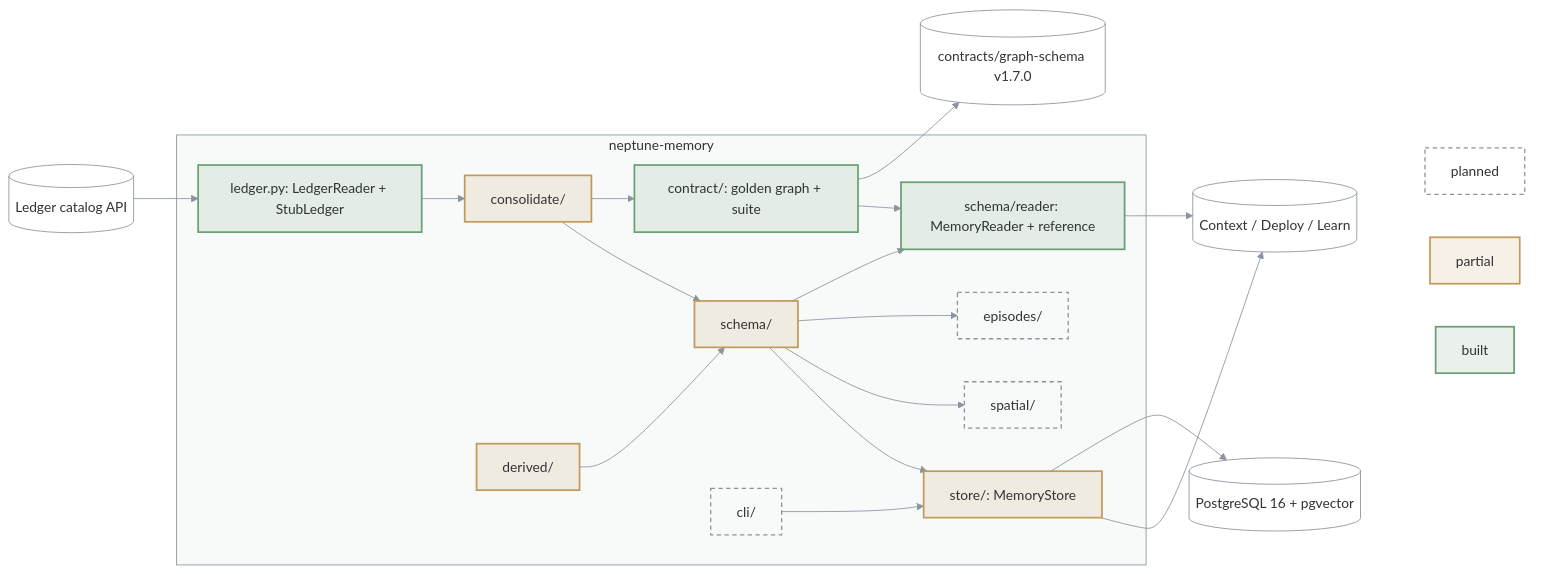
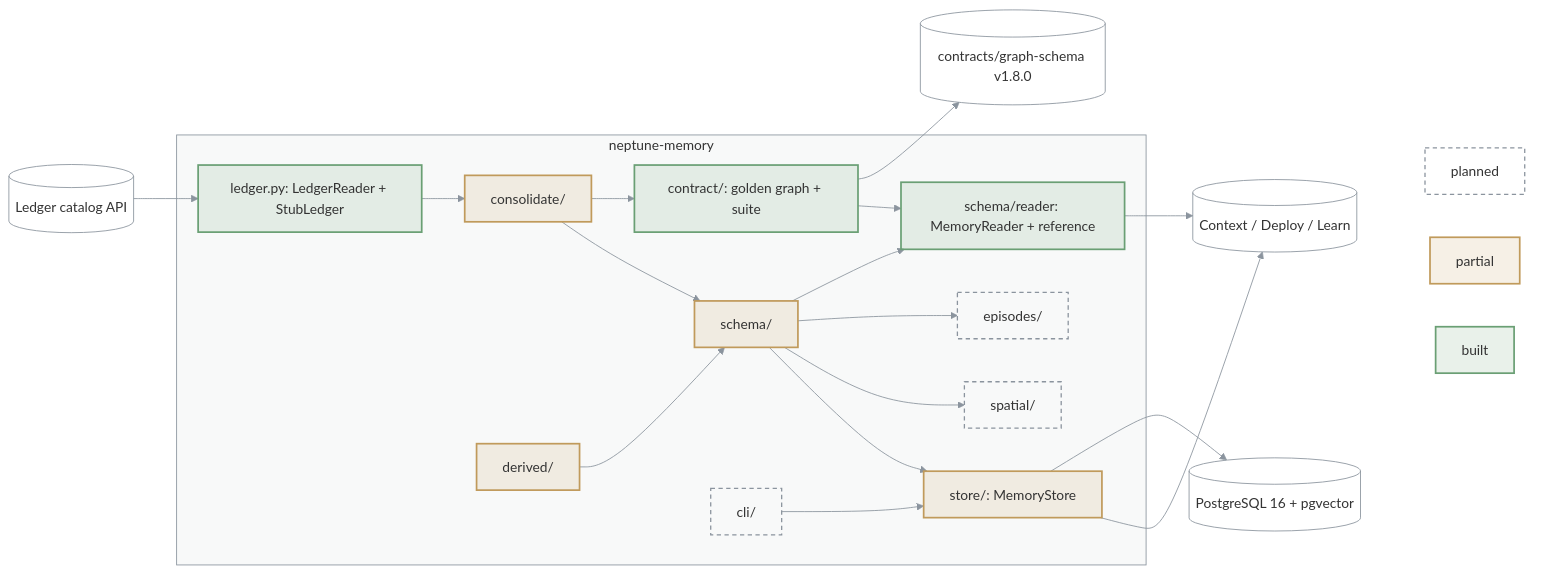
One commit to bennytay/neptune changed the diagram in packages/neptune-memory/ARCHITECTURE.md. Above: the diagram before and after it, drawn with Mermaid. The commit also changed 26 other files, not shown here.

````diff
--- a/packages/neptune-memory/ARCHITECTURE.md
+++ b/packages/neptune-memory/ARCHITECTURE.md
@@ -3,48 +3,48 @@
 ```mermaid
 flowchart LR
   LED[("Ledger catalog API")]
   PG[("PostgreSQL 16 + pgvector")]
   subgraph M["neptune-memory"]
     SEAM["ledger.py: LedgerReader + StubLedger"]
     CON["consolidate/"]
     DER["derived/"]
     SCH["schema/"]
     RD["schema/reader: MemoryReader + reference"]
     CT["contract/: golden graph + suite"]
     STO["store/: MemoryStore"]
     SPA["spatial/"]
     EPI["episodes/"]
     CLI["cli/"]
   end
   OUT[("Context / Deploy / Learn")]
   LED --> SEAM --> CON --> SCH --> STO
   DER --> SCH
   SCH --> SPA & EPI
   SCH --> RD --> OUT
   CON --> CT --> RD
-  CT --> REG[("contracts/graph-schema v1.7.0")]
+  CT --> REG[("contracts/graph-schema v1.8.0")]
   STO --> OUT
   CLI --> STO
   STO --> PG
 
   subgraph KEY[" "]
     K1["built"]
     K2["partial"]
     K3["planned"]
   end
   OUT ~~~ K1 & K2 & K3
 
   classDef built fill:#6a9f7426,stroke:#6a9f74,stroke-width:2px
   classDef partial fill:#c09a5b26,stroke:#c09a5b,stroke-width:2px
   classDef todo fill:none,stroke:#8b949e,stroke-width:1.5px,stroke-dasharray:5 4
   classDef ext fill:none,stroke:#8b949e,stroke-width:1px
   class K1 built
   class K2 partial
   class SPA,EPI,CLI,K3 todo
   class CON,DER,SCH,STO partial
   class SEAM,RD,CT built
   class LED,OUT,PG,REG ext
   style M fill:#8b949e0f,stroke:#8b949e
   style KEY fill:none,stroke:none
   linkStyle default stroke:#8b949e
 ```
````
